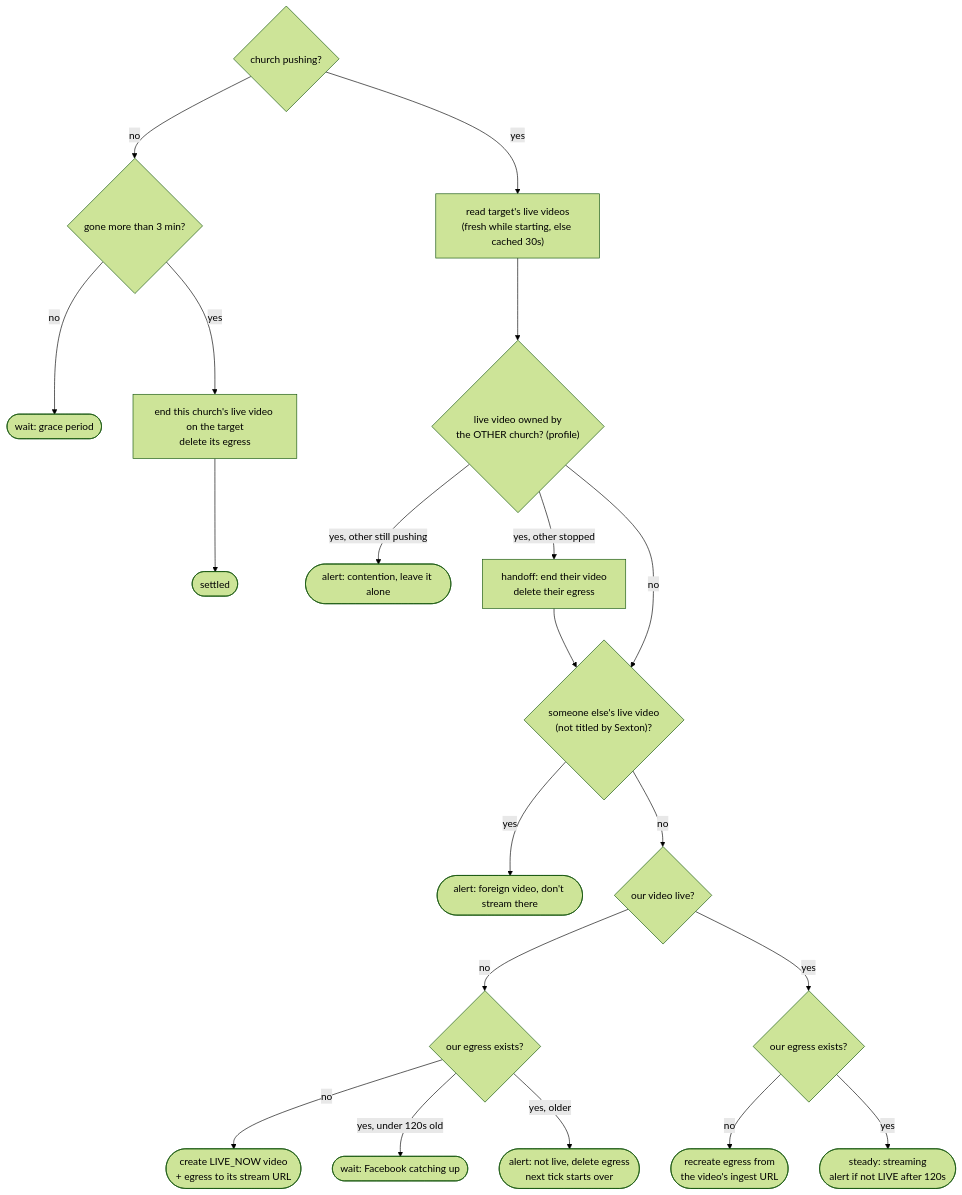
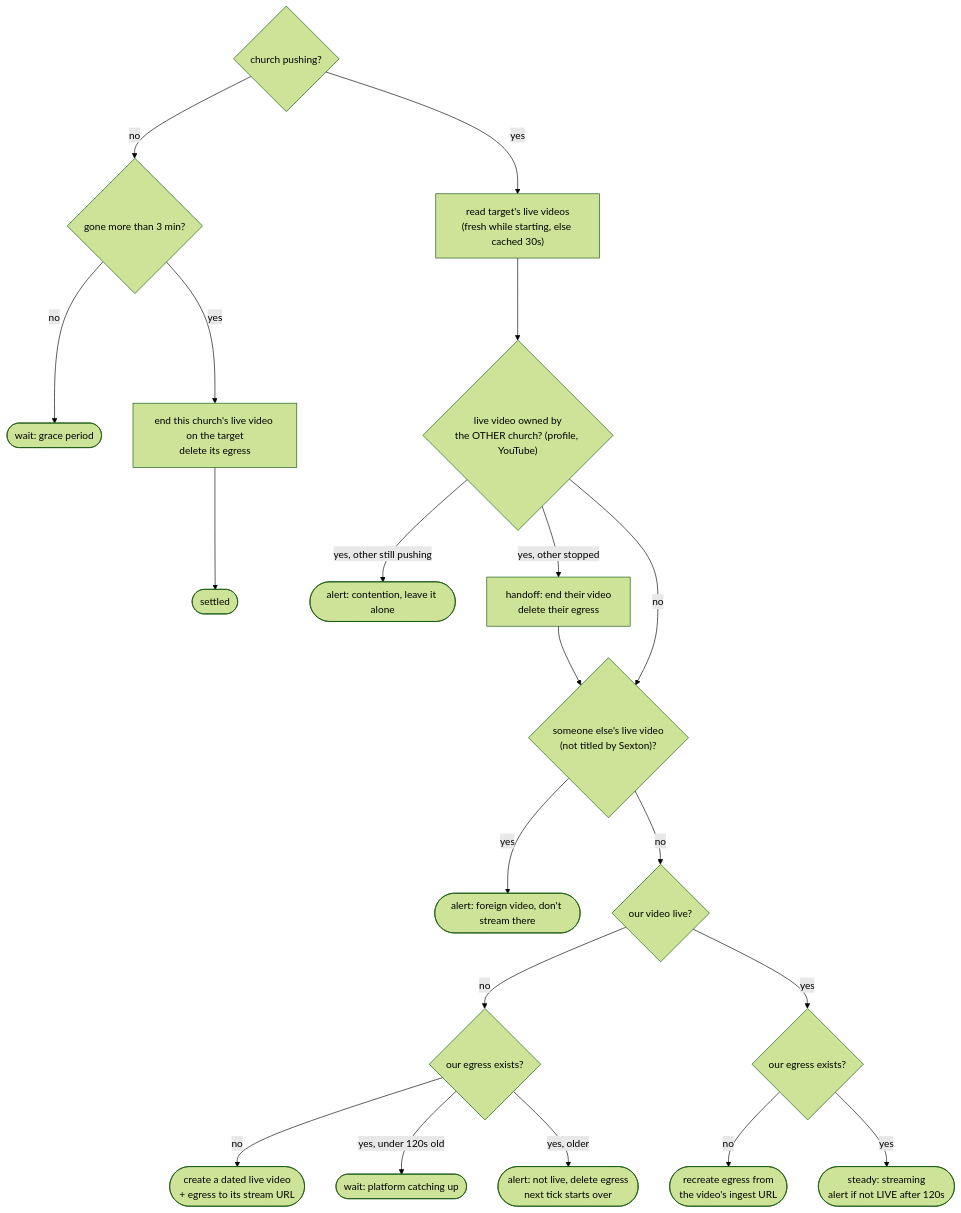
Before and after one commit to jpschafer/ministry-automation: the third of 3 diagrams in sexton/README.md, drawn with Mermaid (forest theme). The commit also changed other lines of this file and 13 other files, not shown here.

First line of the commit message:
Add YouTube as a destination and date every video's title

````diff
--- a/sexton/README.md
+++ b/sexton/README.md
@@ -87,21 +91,21 @@
 ```mermaid
 flowchart TD
     A{church pushing?} -- no --> G{"gone more than 3 min?"}
     G -- no --> WAIT([wait: grace period])
     G -- yes --> END["end this church's live video on the target<br/>delete its egress"] --> DONE([settled])
 
     A -- yes --> V["read target's live videos<br/>(fresh while starting, else cached 30s)"]
-    V --> O{"live video owned by<br/>the OTHER church? (profile)"}
+    V --> O{"live video owned by<br/>the OTHER church? (profile, YouTube)"}
     O -- "yes, other still pushing" --> CT([alert: contention, leave it alone])
     O -- "yes, other stopped" --> HO["handoff: end their video<br/>delete their egress"] --> F
     O -- no --> F{"someone else's live video<br/>(not titled by Sexton)?"}
     F -- yes --> FA([alert: foreign video, don't stream there])
     F -- no --> L{our video live?}
     L -- no --> EG{our egress exists?}
-    EG -- no --> NEW(["create LIVE_NOW video<br/>+ egress to its stream URL"])
-    EG -- "yes, under 120s old" --> PEND([wait: Facebook catching up])
+    EG -- no --> NEW(["create a dated live video<br/>+ egress to its stream URL"])
+    EG -- "yes, under 120s old" --> PEND([wait: platform catching up])
     EG -- "yes, older" --> NL([alert: not live, delete egress<br/>next tick starts over])
     L -- yes --> EX{our egress exists?}
     EX -- no --> RE([recreate egress from<br/>the video's ingest URL])
     EX -- yes --> STEADY(["steady: streaming<br/>alert if not LIVE after 120s"])
 ```
````
